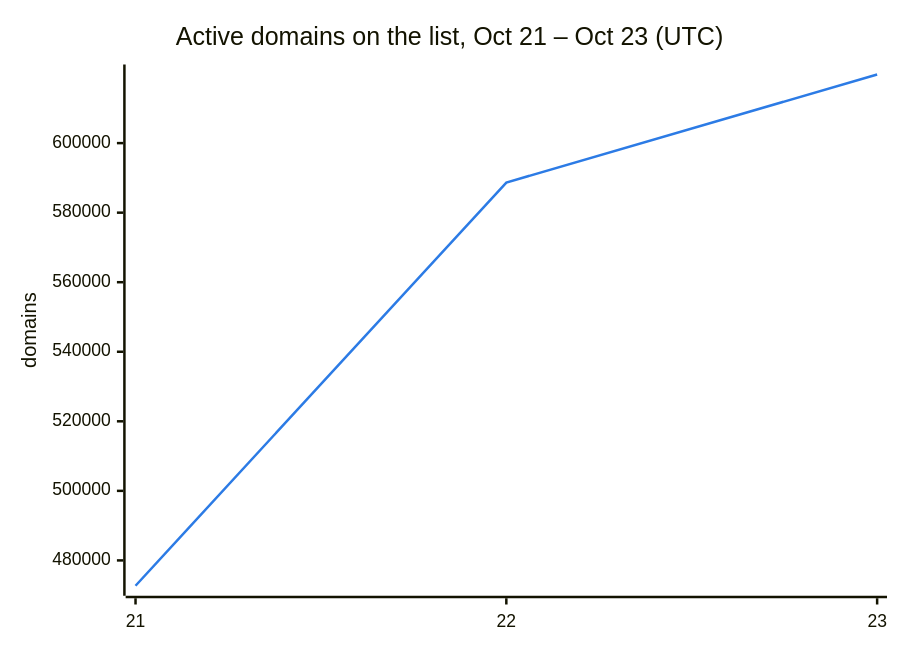
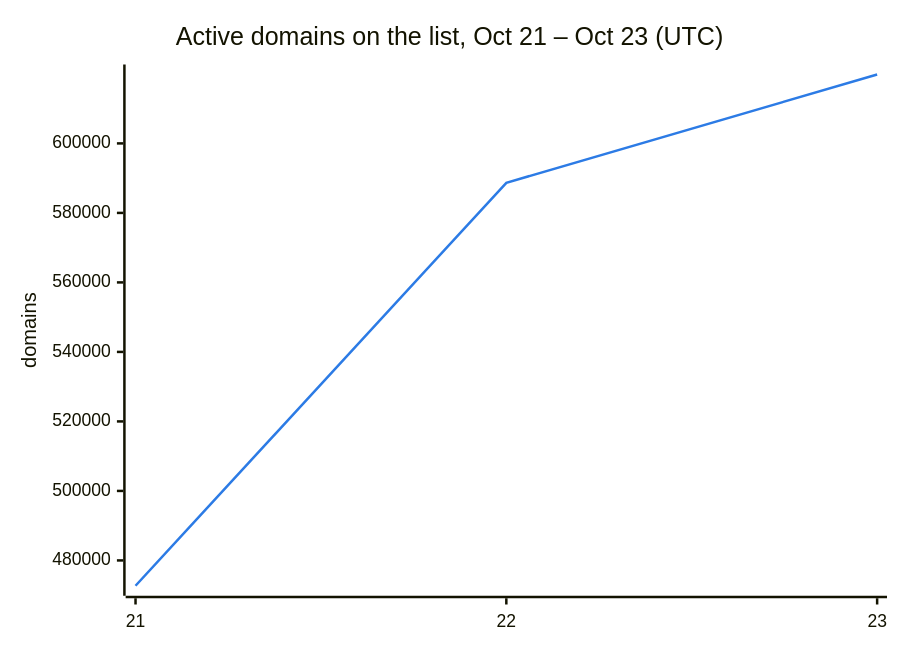
One commit to DNSBunker/CTI changed the second of 3 diagrams in README.md. Above: the diagram before and after it, drawn with Mermaid. The commit also changed other lines of this file and 3 other files, not shown here.

````diff
--- a/README.md
+++ b/README.md
@@ -38,8 +38,8 @@
 ```mermaid
 %%{init: {"themeVariables": {"xyChart": {"plotColorPalette": "#2c7be5"}}}}%%
 xychart-beta
     title "Active domains on the list, Oct 21 – Oct 23 (UTC)"
     x-axis ["21", "22", "23"]
     y-axis "domains"
-    line [472713, 588659, 619730]
+    line [472713, 588659, 619829]
 ```
````
